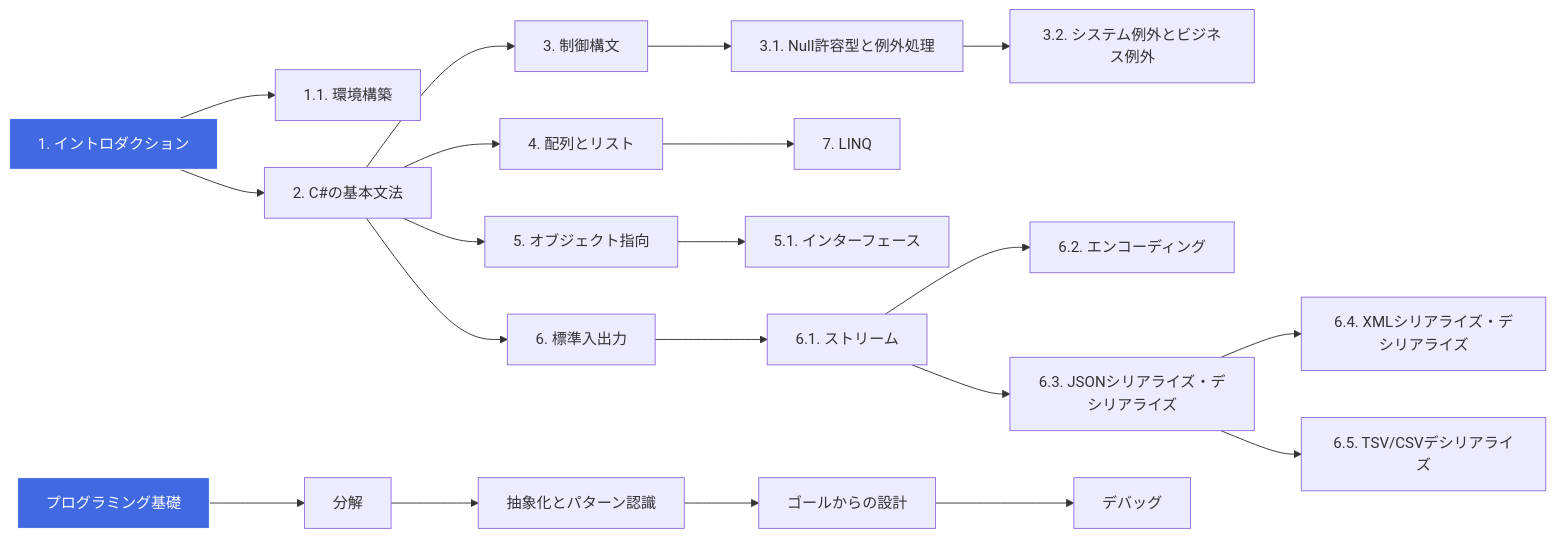
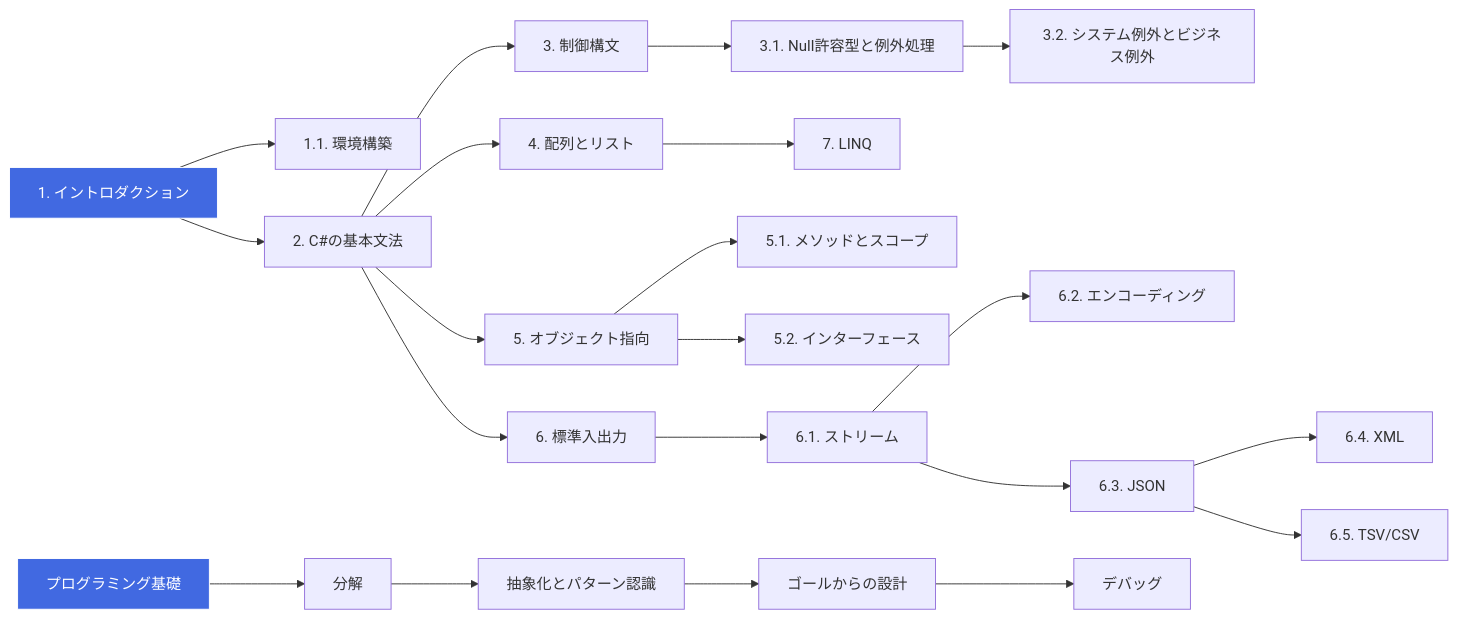
Before and after one commit to h0r1-m/csharp_zoro_to_hero: the diagram in README.md, drawn with Mermaid. The commit also changed other lines of this file and 1 other file, not shown here.

Commit message:
メソッドとスコープ

````diff
--- a/README.md
+++ b/README.md
@@ -16,24 +16,25 @@
 ```mermaid
 flowchart LR
   S1[1. イントロダクション] --> S11[1.1. 環境構築]
   S1 --> S2[2. C#の基本文法]
   S2 --> S3[3. 制御構文]
   S2 --> S4[4. 配列とリスト]
   S3 --> S31[3.1. Null許容型と例外処理]
   S31 --> S32[3.2. システム例外とビジネス例外]
   S4 --> S7[7. LINQ]
   S2 --> S5[5. オブジェクト指向]
-  S5 --> S51[5.1. インターフェース]
+  S5 --> S51[5.1. メソッドとスコープ]
+  S5 --> S52[5.2. インターフェース]
   S2 --> S6[6. 標準入出力]
   S6 --> S61[6.1. ストリーム]
   S61 --> S62[6.2. エンコーディング]
-  S61 --> S63[6.3. JSONシリアライズ・デシリアライズ]
-  S63 --> S64[6.4. XMLシリアライズ・デシリアライズ]
-  S63 --> S65[6.5. TSV/CSVデシリアライズ]
+  S61 --> S63[6.3. JSON]
+  S63 --> S64[6.4. XML]
+  S63 --> S65[6.5. TSV/CSV]
   P0[プログラミング基礎] --> P1[分解]
   P1 --> P2[抽象化とパターン認識]
   P2 --> P3[ゴールからの設計]
   P3 --> P4[デバッグ]
   style S1 fill:#4169e1,stroke:#fff,color:#fff
   style P0 fill:#4169e1,stroke:#fff,color:#fff
 ```
````
